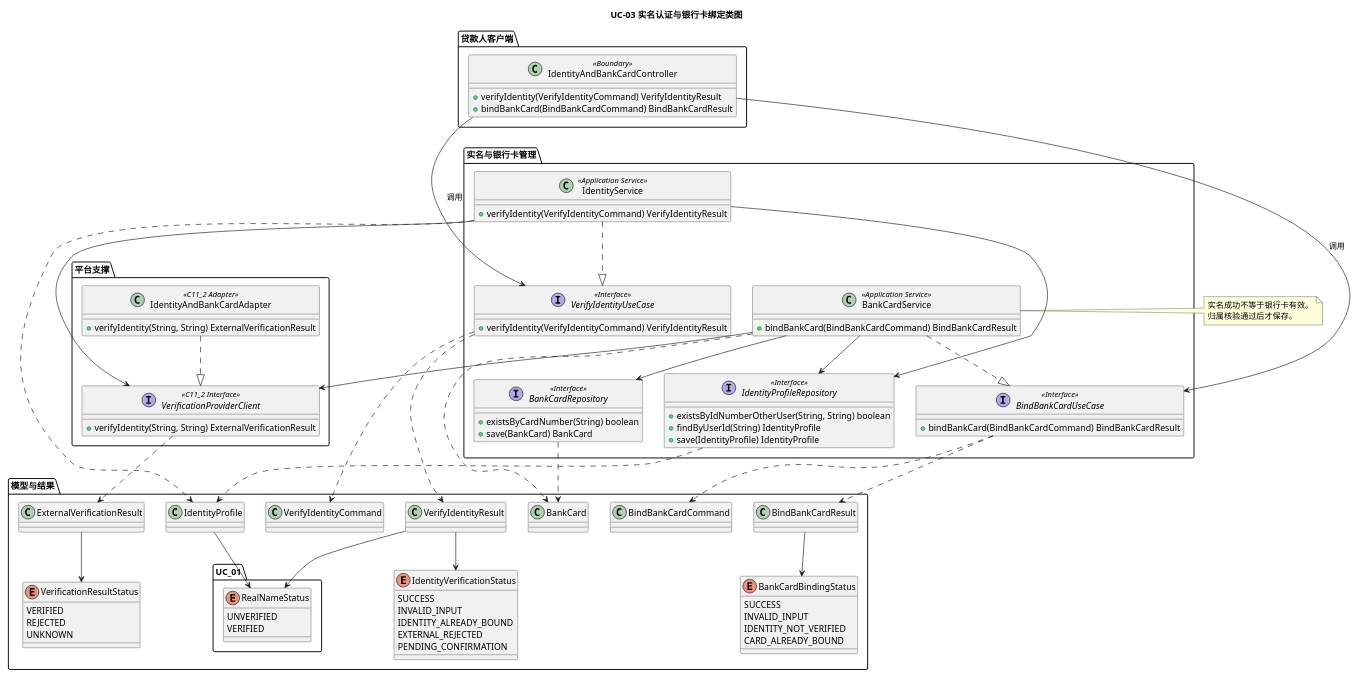
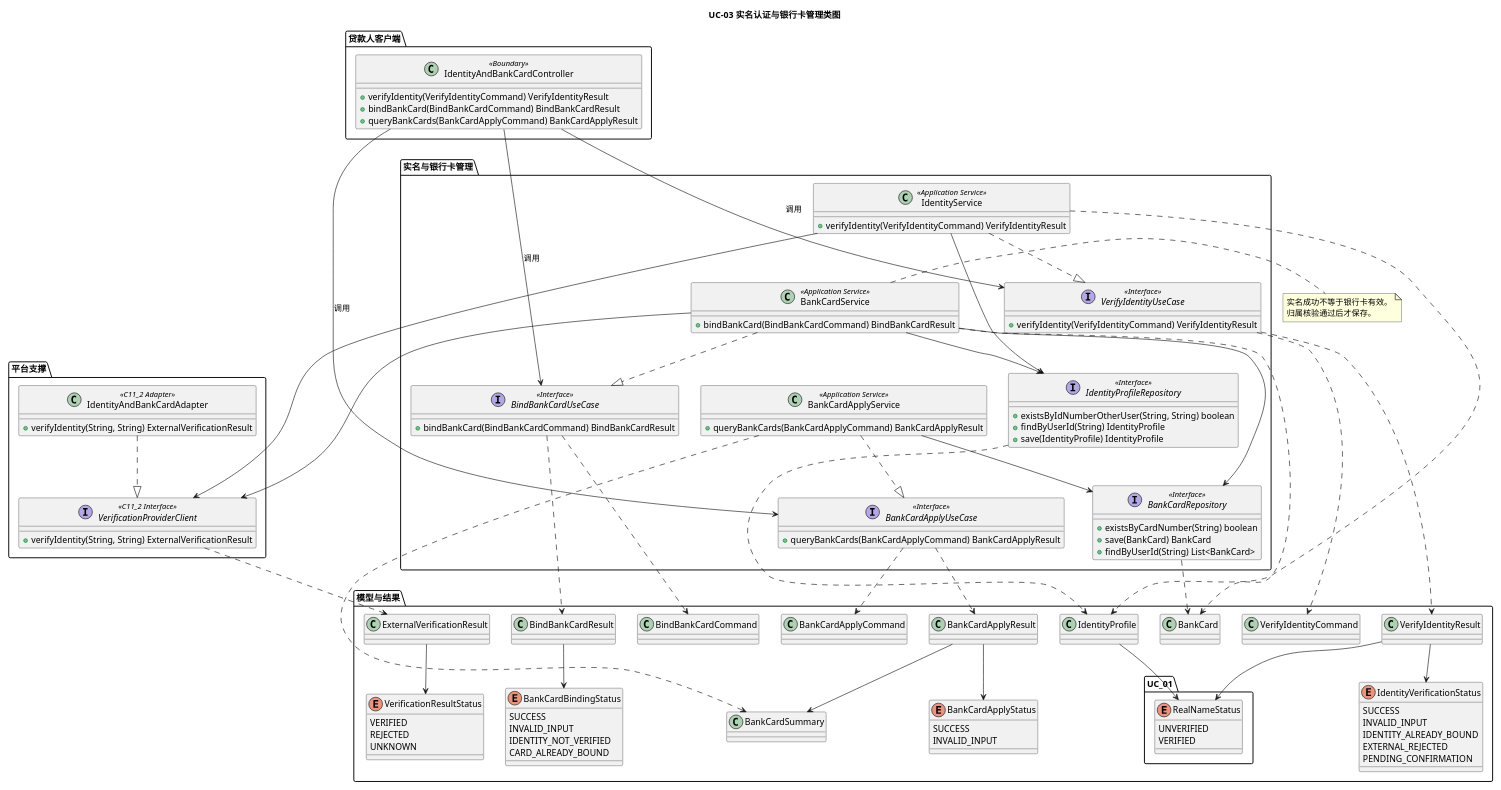
One commit to sam5053/Integrated-Design changed the diagram in code/C01/UC_03/uc-03-class-diagram.pu. Above: the diagram before and after it, drawn with PlantUML. The commit also changed 16 other files, not shown here.

```diff
--- a/code/C01/UC_03/uc-03-class-diagram.pu
+++ b/code/C01/UC_03/uc-03-class-diagram.pu
@@ -1,129 +1,156 @@
 @startuml UC_03
 
-title UC-03 实名认证与银行卡绑定类图
+title UC-03 实名认证与银行卡管理类图
 scale 0.8
 
 package "贷款人客户端" {
   class IdentityAndBankCardController <<Boundary>> {
     +verifyIdentity(VerifyIdentityCommand) VerifyIdentityResult
     +bindBankCard(BindBankCardCommand) BindBankCardResult
+    +queryBankCards(BankCardApplyCommand) BankCardApplyResult
   }
 }
 
 package "实名与银行卡管理" {
   interface VerifyIdentityUseCase <<Interface>> {
     +verifyIdentity(VerifyIdentityCommand) VerifyIdentityResult
   }
 
   interface BindBankCardUseCase <<Interface>> {
     +bindBankCard(BindBankCardCommand) BindBankCardResult
   }
 
+  interface BankCardApplyUseCase <<Interface>> {
+    +queryBankCards(BankCardApplyCommand) BankCardApplyResult
+  }
+
   class IdentityService <<Application Service>> {
     +verifyIdentity(VerifyIdentityCommand) VerifyIdentityResult
   }
 
   class BankCardService <<Application Service>> {
     +bindBankCard(BindBankCardCommand) BindBankCardResult
+  }
+
+  class BankCardApplyService <<Application Service>> {
+    +queryBankCards(BankCardApplyCommand) BankCardApplyResult
   }
 
   interface IdentityProfileRepository <<Interface>> {
     +existsByIdNumberOtherUser(String, String) boolean
     +findByUserId(String) IdentityProfile
     +save(IdentityProfile) IdentityProfile
   }
 
   interface BankCardRepository <<Interface>> {
     +existsByCardNumber(String) boolean
     +save(BankCard) BankCard
+    +findByUserId(String) List<BankCard>
   }
 }
 
 package "平台支撑" {
   interface VerificationProviderClient <<C11_2 Interface>> {
     +verifyIdentity(String, String) ExternalVerificationResult
   }
 
   class IdentityAndBankCardAdapter <<C11_2 Adapter>> {
     +verifyIdentity(String, String) ExternalVerificationResult
   }
 
 }
 
 package "模型与结果" {
   class VerifyIdentityCommand
   class VerifyIdentityResult
   class BindBankCardCommand
   class BindBankCardResult
+  class BankCardApplyCommand
+  class BankCardApplyResult
+  class BankCardSummary
   class IdentityProfile
   class BankCard
   class ExternalVerificationResult
 
   enum IdentityVerificationStatus {
     SUCCESS
     INVALID_INPUT
     IDENTITY_ALREADY_BOUND
     EXTERNAL_REJECTED
     PENDING_CONFIRMATION
   }
 
   enum BankCardBindingStatus {
     SUCCESS
     INVALID_INPUT
     IDENTITY_NOT_VERIFIED
     CARD_ALREADY_BOUND
   }
 
+  enum BankCardApplyStatus {
+    SUCCESS
+    INVALID_INPUT
+  }
+
   enum VerificationResultStatus {
     VERIFIED
     REJECTED
     UNKNOWN
   }
 
   enum UC_01.RealNameStatus {
     UNVERIFIED
     VERIFIED
   }
 }
 
 IdentityAndBankCardController --> VerifyIdentityUseCase : 调用
 IdentityAndBankCardController --> BindBankCardUseCase : 调用
+IdentityAndBankCardController --> BankCardApplyUseCase : 调用
 IdentityService ..|> VerifyIdentityUseCase
 BankCardService ..|> BindBankCardUseCase
+BankCardApplyService ..|> BankCardApplyUseCase
 
 IdentityService --> IdentityProfileRepository
 IdentityService --> VerificationProviderClient
 
 BankCardService --> BankCardRepository
 BankCardService --> IdentityProfileRepository
 BankCardService --> VerificationProviderClient
+BankCardApplyService --> BankCardRepository
 
 IdentityAndBankCardAdapter ..|> VerificationProviderClient
 IdentityProfileRepository ..> IdentityProfile
 BankCardRepository ..> BankCard
 
 VerifyIdentityUseCase ..> VerifyIdentityCommand
 VerifyIdentityUseCase ..> VerifyIdentityResult
 BindBankCardUseCase ..> BindBankCardCommand
 BindBankCardUseCase ..> BindBankCardResult
+BankCardApplyUseCase ..> BankCardApplyCommand
+BankCardApplyUseCase ..> BankCardApplyResult
 IdentityService ..> IdentityProfile
 BankCardService ..> BankCard
+BankCardApplyService ..> BankCardSummary
 VerificationProviderClient ..> ExternalVerificationResult
 
 VerifyIdentityResult --> IdentityVerificationStatus
 VerifyIdentityResult --> RealNameStatus
 BindBankCardResult --> BankCardBindingStatus
+BankCardApplyResult --> BankCardApplyStatus
+BankCardApplyResult --> BankCardSummary
 ExternalVerificationResult --> VerificationResultStatus
 IdentityProfile --> RealNameStatus
 
 IdentityAndBankCardController -[hidden]down-> IdentityService
 IdentityService -[hidden]down-> BankCardService
-BankCardService -[hidden]down-> VerificationProviderClient
+BankCardService -[hidden]down-> BankCardApplyService
+BankCardApplyService -[hidden]down-> VerificationProviderClient
 
 
 note right of BankCardService
   实名成功不等于银行卡有效。
   归属核验通过后才保存。
 end note
 
 @enduml
```
